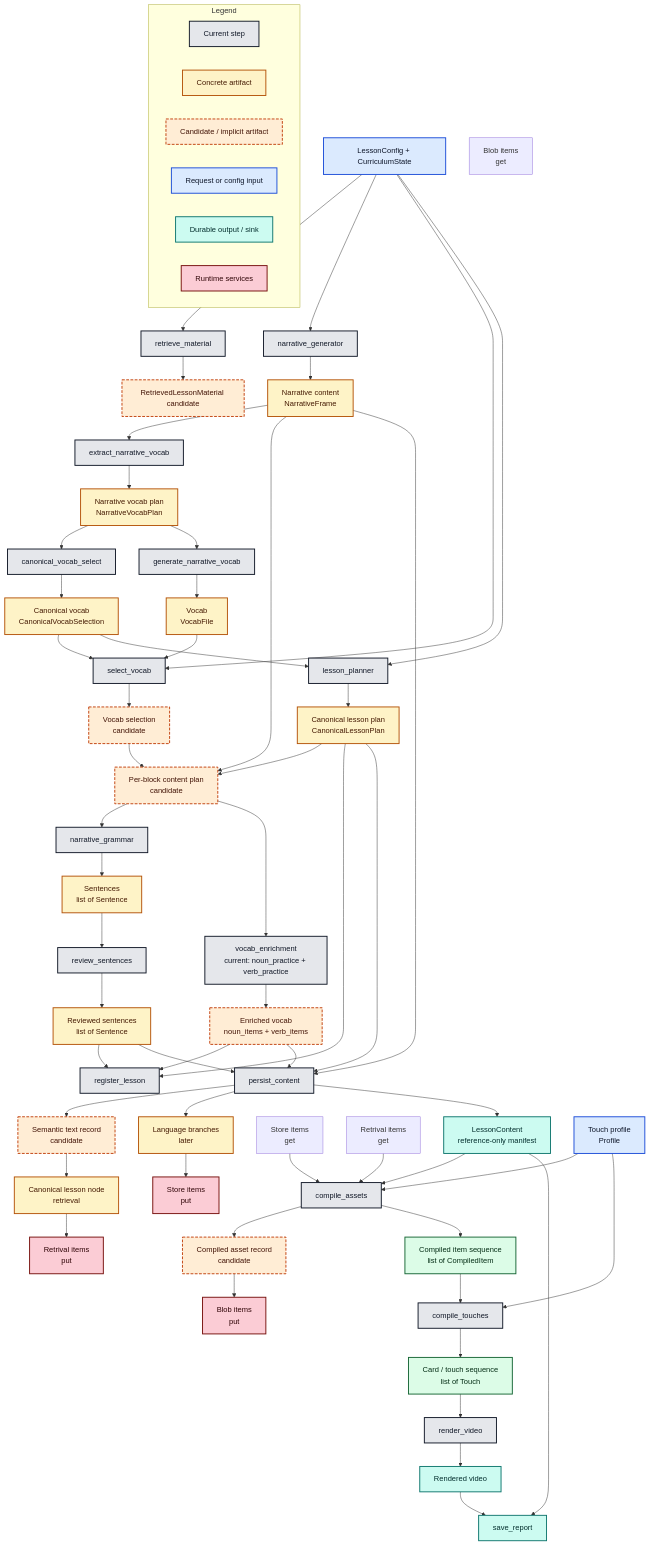
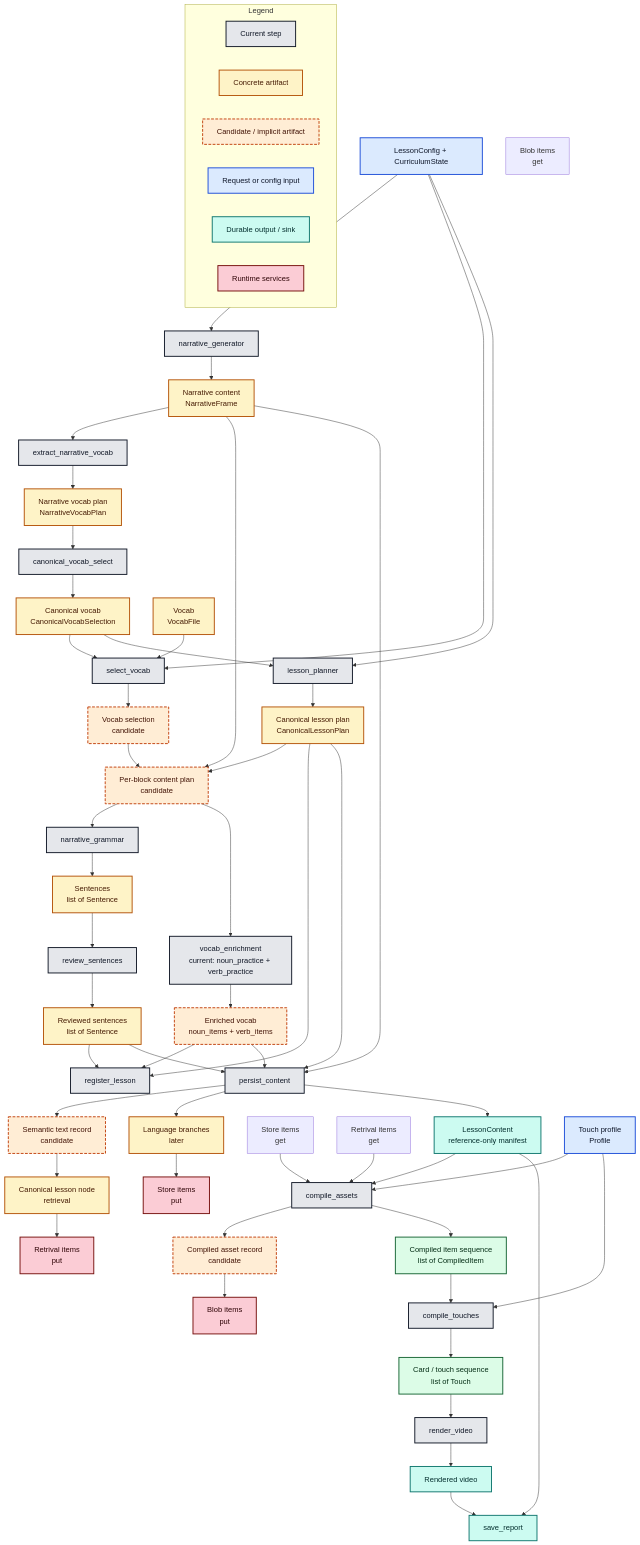
One commit to Scherlac/JapaneseLessons changed the diagram in docs/pipeline/README.md. Above: the diagram before and after it, drawn with Mermaid. The commit also changed other lines of this file and 17 other files, not shown here.

First line of the commit message:
Refactor lesson pipeline by removing retrieval step

````diff
--- a/docs/pipeline/README.md
+++ b/docs/pipeline/README.md
@@ -371,16 +422,12 @@
 ```mermaid
 flowchart TD
     Request["LessonConfig + CurriculumState"]
-    Retrieval[retrieve_material]
-    Retrieved["RetrievedLessonMaterial candidate"]
-
     NarrativeGen[narrative_generator]
     NarrativeFrame["Narrative content<br/>NarrativeFrame"]
     ExtractVocab[extract_narrative_vocab]
     NarrativePlan["Narrative vocab plan<br/>NarrativeVocabPlan"]
     CanonicalSelect[canonical_vocab_select]
     CanonicalVocab["Canonical vocab<br/>CanonicalVocabSelection"]
-    GenVocab[generate_narrative_vocab]
     VocabFile["Vocab<br/>VocabFile"]
     SelectVocab[select_vocab]
     VocabSelection["Vocab selection<br/>candidate"]
@@ -427,17 +474,12 @@
         LegendRuntime["Runtime services"]
     end
 
-    Request --> Retrieval
-    Retrieval --> Retrieved
-
     Request --> NarrativeGen
     NarrativeGen --> NarrativeFrame
     NarrativeFrame --> ExtractVocab
     ExtractVocab --> NarrativePlan
     NarrativePlan --> CanonicalSelect
     CanonicalSelect --> CanonicalVocab
-    NarrativePlan --> GenVocab
-    GenVocab --> VocabFile
 
     VocabFile --> SelectVocab
     CanonicalVocab --> SelectVocab
@@ -501,9 +543,9 @@
     classDef runtime fill:#fbccd5,stroke:#760f0c,stroke-width:2px,color:#2f0407
 
     class Request,Profile request
-    class Retrieval,NarrativeGen,ExtractVocab,CanonicalSelect,GenVocab,SelectVocab,LessonPlanner,SentenceGen,Review,VocabEnrichment,Register,Persist,CompileAssets,CompileTouches,RenderVideo,SaveReport step
+    class NarrativeGen,ExtractVocab,CanonicalSelect,SelectVocab,LessonPlanner,SentenceGen,Review,VocabEnrichment,Register,Persist,CompileAssets,CompileTouches,RenderVideo,SaveReport step
     class NarrativeFrame,NarrativePlan,CanonicalVocab,VocabFile,CanonicalPlan,Sentences,ReviewedSentences,LessonContent,CompiledItems,Touches,Video,CanonicalNode,LanguageBranches artifact
-    class Retrieved,VocabSelection,BlockPlan,EnrichedVocab,SemanticText,CanonicalSemantic,CompiledAssetRecord candidate
+    class VocabSelection,BlockPlan,EnrichedVocab,SemanticText,CanonicalSemantic,CompiledAssetRecord candidate
     class CompiledItems,Touches,Video render
     class VectorStorePut,DatabaseStorePut,BlobStorePut runtime
     class LessonContent,Video,SaveReport sink
````
